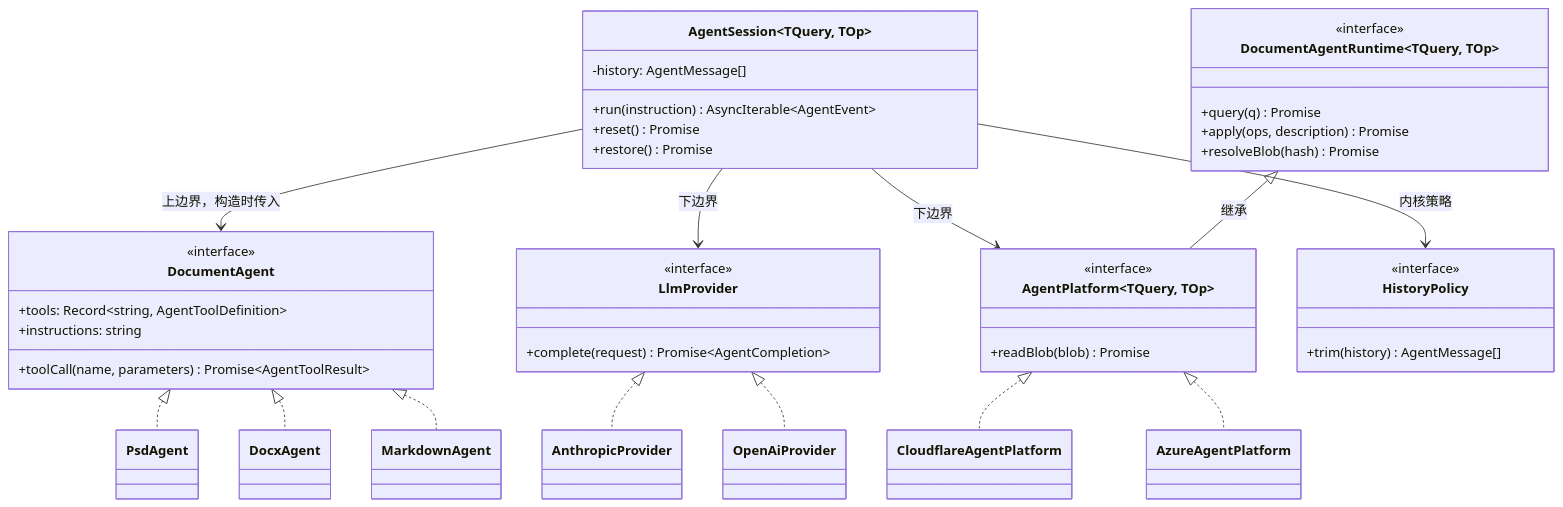
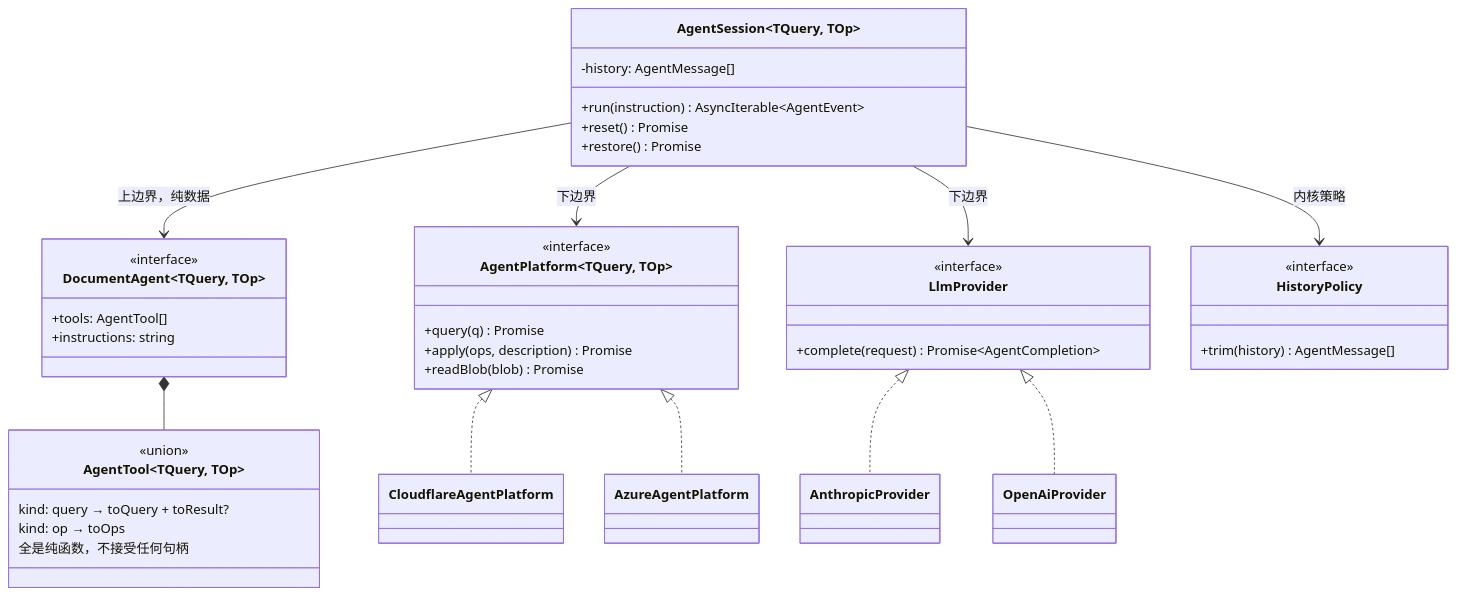
Before and after one commit to shazhou-ww/unidocs: the fifth of 16 diagrams in docs/superpowers/specs/2026-08-26-agent-sdk-design.md, drawn with Mermaid. The commit also changed other lines of this file, not shown here.

First line of the commit message:
docs(agent-sdk): 去掉文档类型持有的平台句柄,工具改为纯数据 + 纯函数

````diff
--- a/docs/superpowers/specs/2026-08-26-agent-sdk-design.md
+++ b/docs/superpowers/specs/2026-08-26-agent-sdk-design.md
@@ -382,60 +477,54 @@
 ```mermaid
 classDiagram
-    class DocumentAgent {
+    class DocumentAgent~TQuery, TOp~ {
         <<interface>>
-        +tools: Record~string, AgentToolDefinition~
+        +tools: AgentTool[]
         +instructions: string
-        +toolCall(name, parameters) Promise~AgentToolResult~
     }
 
-    class PsdAgent
-    class DocxAgent
-    class MarkdownAgent
+    class AgentTool~TQuery, TOp~ {
+        <<union>>
+        kind: query → toQuery + toResult?
+        kind: op → toOps
+        全是纯函数，不接受任何句柄
+    }
 
     class AgentSession~TQuery, TOp~ {
         -history: AgentMessage[]
         +run(instruction) AsyncIterable~AgentEvent~
         +reset() Promise
         +restore() Promise
     }
 
     class LlmProvider {
         <<interface>>
         +complete(request) Promise~AgentCompletion~
     }
 
-    class DocumentAgentRuntime~TQuery, TOp~ {
+    class AgentPlatform~TQuery, TOp~ {
         <<interface>>
         +query(q) Promise
         +apply(ops, description) Promise
-        +resolveBlob(hash) Promise
-    }
-
-    class AgentPlatform~TQuery, TOp~ {
-        <<interface>>
         +readBlob(blob) Promise
     }
 
     class HistoryPolicy {
         <<interface>>
         +trim(history) AgentMessage[]
     }
 
     class AnthropicProvider
     class OpenAiProvider
     class CloudflareAgentPlatform
     class AzureAgentPlatform
 
-    AgentSession --> DocumentAgent : 上边界，构造时传入
+    DocumentAgent *-- AgentTool
+    AgentSession --> DocumentAgent : 上边界，纯数据
+    AgentSession --> AgentPlatform : 下边界
     AgentSession --> LlmProvider : 下边界
-    AgentSession --> AgentPlatform : 下边界
     AgentSession --> HistoryPolicy : 内核策略
-    DocumentAgent <|.. PsdAgent
-    DocumentAgent <|.. DocxAgent
-    DocumentAgent <|.. MarkdownAgent
     LlmProvider <|.. AnthropicProvider
     LlmProvider <|.. OpenAiProvider
-    DocumentAgentRuntime <|-- AgentPlatform : 继承
     AgentPlatform <|.. CloudflareAgentPlatform
     AgentPlatform <|.. AzureAgentPlatform
 ```
````
